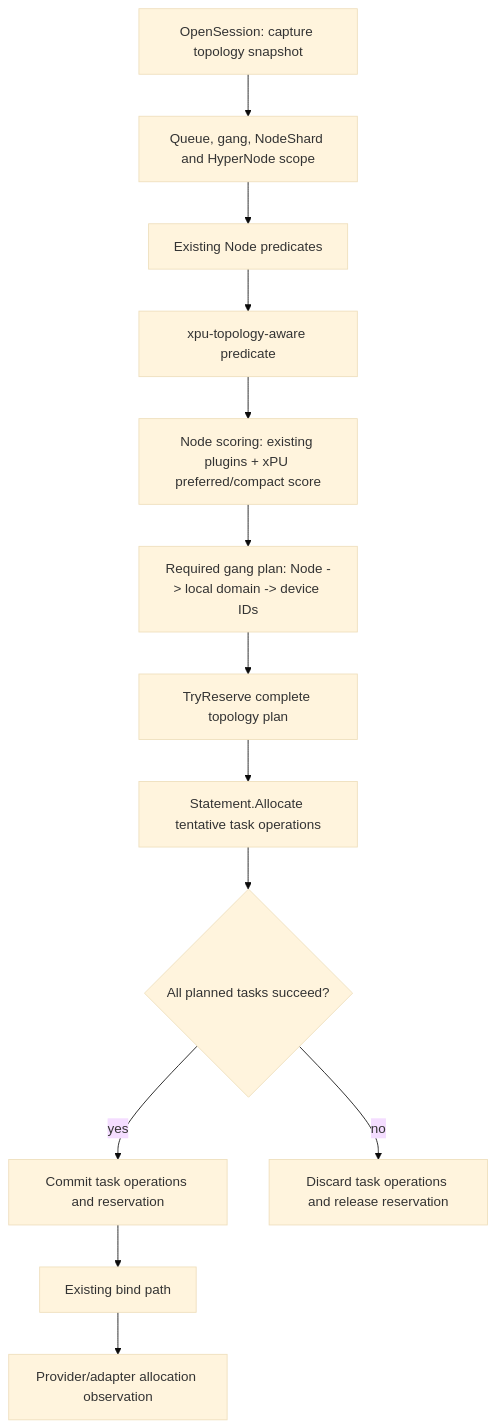
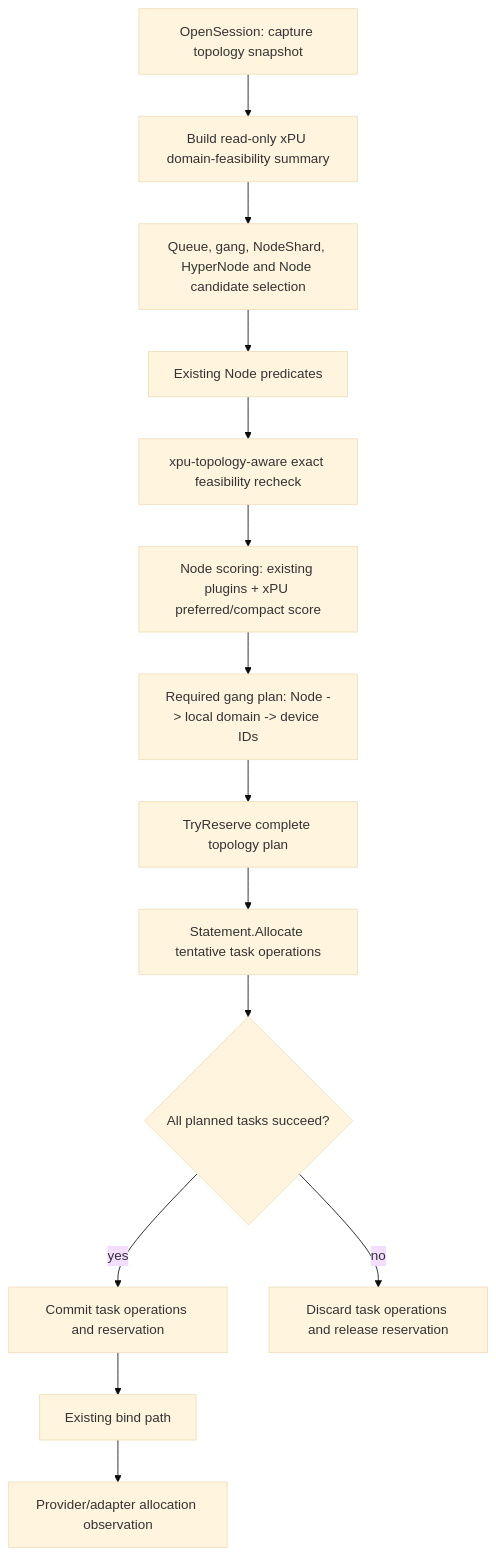
Before and after one commit to miantalha45/volcano: the fifth of 7 diagrams in docs/design/generic-xpu-topology-aware-scheduling.md, drawn with Mermaid (base theme). The commit also changed other lines of this file, not shown here.

Commit message:
docs(xpu): prepare device-domain feasibility before node selection

````diff
--- a/docs/design/generic-xpu-topology-aware-scheduling.md
+++ b/docs/design/generic-xpu-topology-aware-scheduling.md
@@ -545,20 +548,21 @@
 ```mermaid
 flowchart TB
     SO[OpenSession: capture topology snapshot]
-    Q[Queue, gang, NodeShard and HyperNode scope]
+    DS[Build read-only xPU domain-feasibility summary]
+    Q[Queue, gang, NodeShard, HyperNode and Node candidate selection]
     P[Existing Node predicates]
-    XPF[xpu-topology-aware predicate]
+    XPF[xpu-topology-aware exact feasibility recheck]
     S[Node scoring: existing plugins + xPU preferred/compact score]
     GP[Required gang plan: Node -> local domain -> device IDs]
     R[TryReserve complete topology plan]
     ST[Statement.Allocate tentative task operations]
     C{All planned tasks succeed?}
     COMMIT[Commit task operations and reservation]
     DISCARD[Discard task operations and release reservation]
     B[Existing bind path]
     OBS[Provider/adapter allocation observation]
 
-    SO --> Q --> P --> XPF --> S --> GP --> R --> ST --> C
+    SO --> DS --> Q --> P --> XPF --> S --> GP --> R --> ST --> C
     C -->|yes| COMMIT --> B --> OBS
     C -->|no| DISCARD
 ```
````
